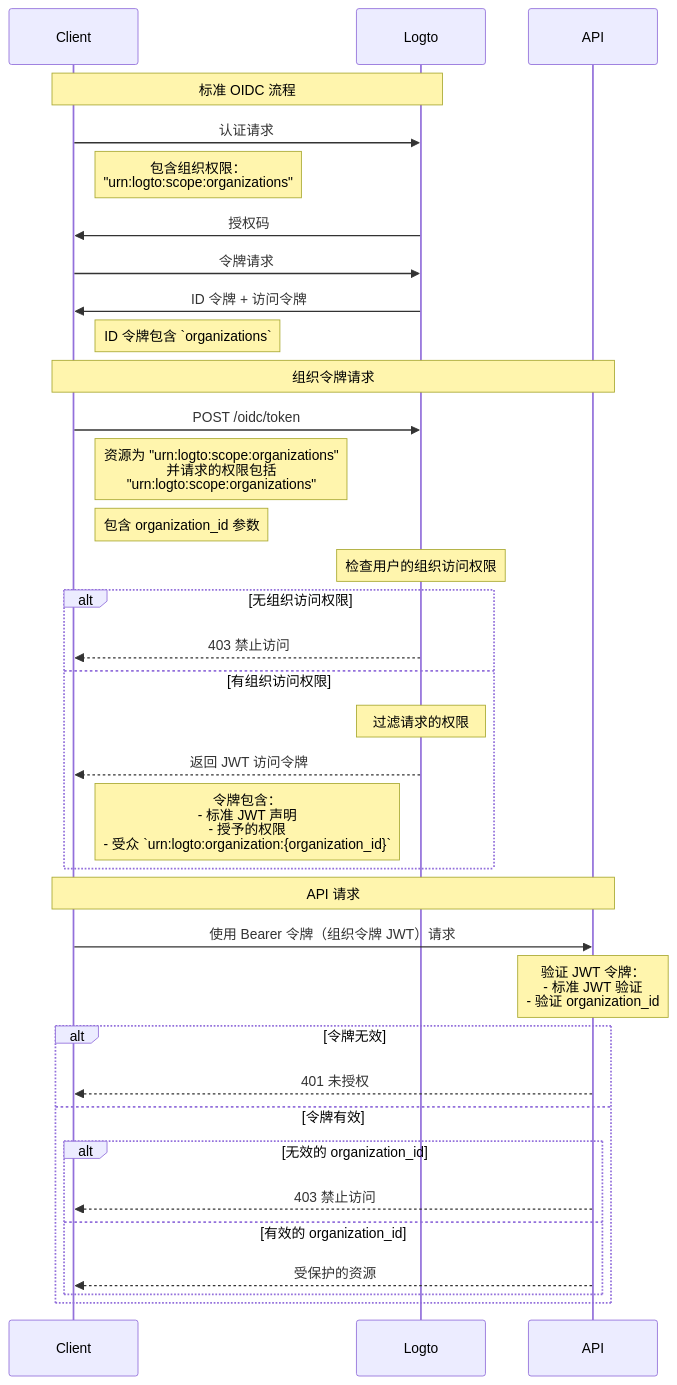
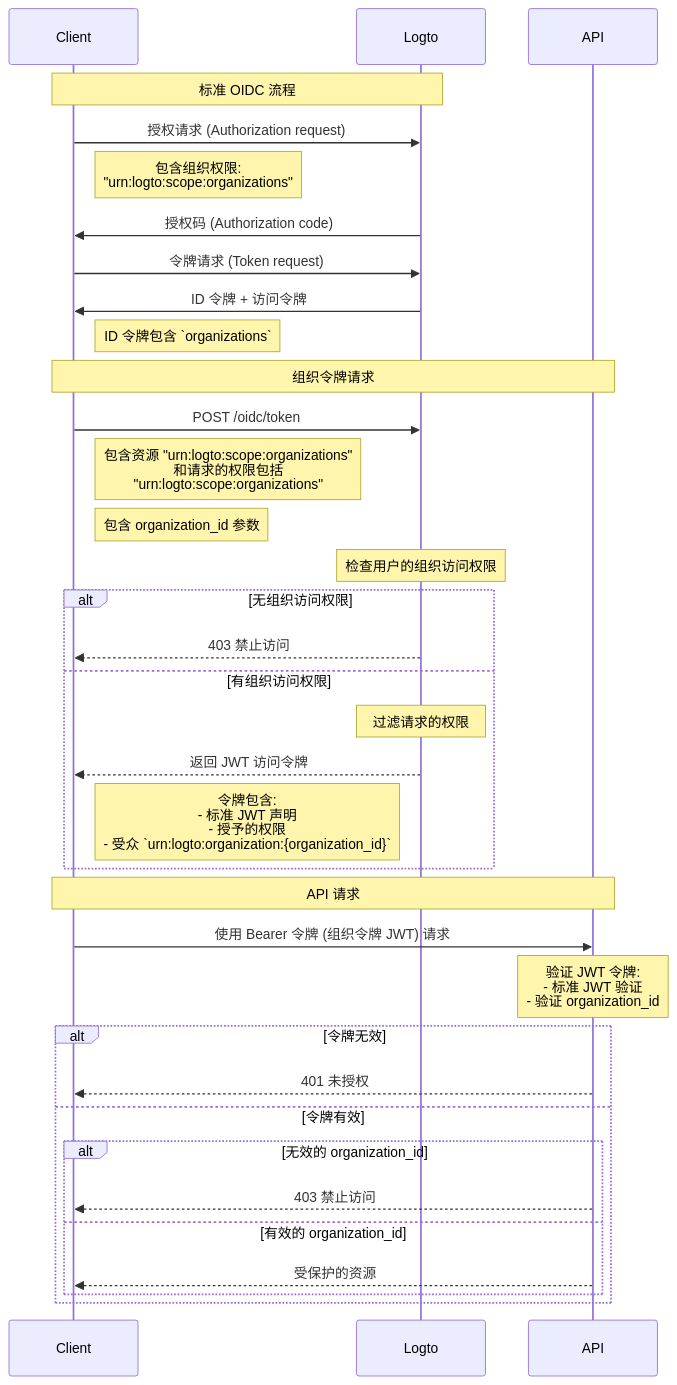
One commit to logto-io/docs changed the diagram in i18n/zh-CN/docusaurus-plugin-content-docs/current/authorization/organization-template/protect-organization-resources.mdx. Above: the diagram before and after it, drawn with Mermaid. The commit also changed other lines of this file and 15 other files, not shown here.

````diff
--- a/i18n/zh-CN/docusaurus-plugin-content-docs/current/authorization/organization-template/protect-organization-resources.mdx
+++ b/i18n/zh-CN/docusaurus-plugin-content-docs/current/authorization/organization-template/protect-organization-resources.mdx
@@ -12,46 +12,46 @@
 ```mermaid
 sequenceDiagram
     participant Client
     participant Logto
     participant API
 
     %% 标准 OIDC 流程
     Note over Client,Logto: 标准 OIDC 流程
-    Client->>Logto: 认证请求
-    Note right of Client: 包含组织权限：<br/>"urn:logto:scope:organizations"
-    Logto->>Client: 授权码
-    Client->>Logto: 令牌请求
+    Client->>Logto: 授权请求 (Authorization request)
+    Note right of Client: 包含组织权限:<br/>"urn:logto:scope:organizations"
+    Logto->>Client: 授权码 (Authorization code)
+    Client->>Logto: 令牌请求 (Token request)
     Logto->>Client: ID 令牌 + 访问令牌
     Note right of Client: ID 令牌包含 `organizations`
 
     %% 组织令牌请求
     Note over Client,API: 组织令牌请求
     Client->>Logto: POST /oidc/token
-    Note right of Client: 资源为 "urn:logto:scope:organizations"<br/>并请求的权限包括<br/>"urn:logto:scope:organizations"
+    Note right of Client: 包含资源 "urn:logto:scope:organizations"<br/>和请求的权限包括<br/>"urn:logto:scope:organizations"
     Note right of Client: 包含 organization_id 参数
 
     Note over Logto: 检查用户的组织访问权限
 
     alt 无组织访问权限
         Logto-->>Client: 403 禁止访问
     else 有组织访问权限
         Note over Logto: 过滤请求的权限
         Logto-->>Client: 返回 JWT 访问令牌
-        Note left of Logto: 令牌包含：<br/>- 标准 JWT 声明<br/>- 授予的权限<br/>- 受众 `urn:logto:organization:{organization_id}`
+        Note left of Logto: 令牌包含:<br/>- 标准 JWT 声明<br/>- 授予的权限<br/>- 受众 `urn:logto:organization:{organization_id}`
     end
 
     Note over Client,API: API 请求
-    Client->>API: 使用 Bearer 令牌（组织令牌 JWT）请求
+    Client->>API: 使用 Bearer 令牌 (组织令牌 JWT) 请求
 
-    Note over API: 验证 JWT 令牌：<br/>- 标准 JWT 验证<br/>- 验证 organization_id
+    Note over API: 验证 JWT 令牌:<br/>- 标准 JWT 验证<br/>- 验证 organization_id
 
     alt 令牌无效
         API-->>Client: 401 未授权
     else 令牌有效
         alt 无效的 organization_id
             API-->>Client: 403 禁止访问
         else 有效的 organization_id
             API-->>Client: 受保护的资源
         end
     end
 ```
````
